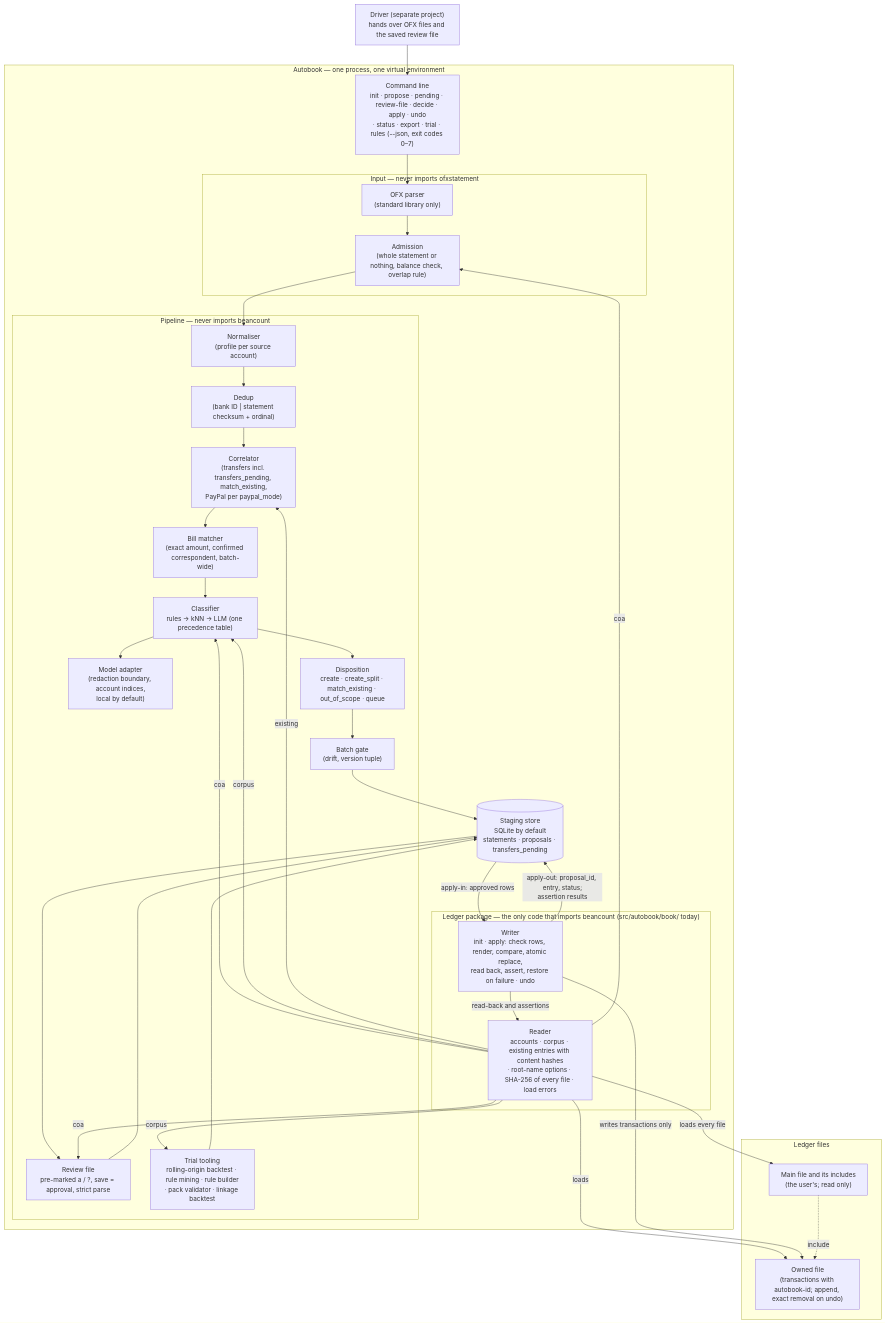
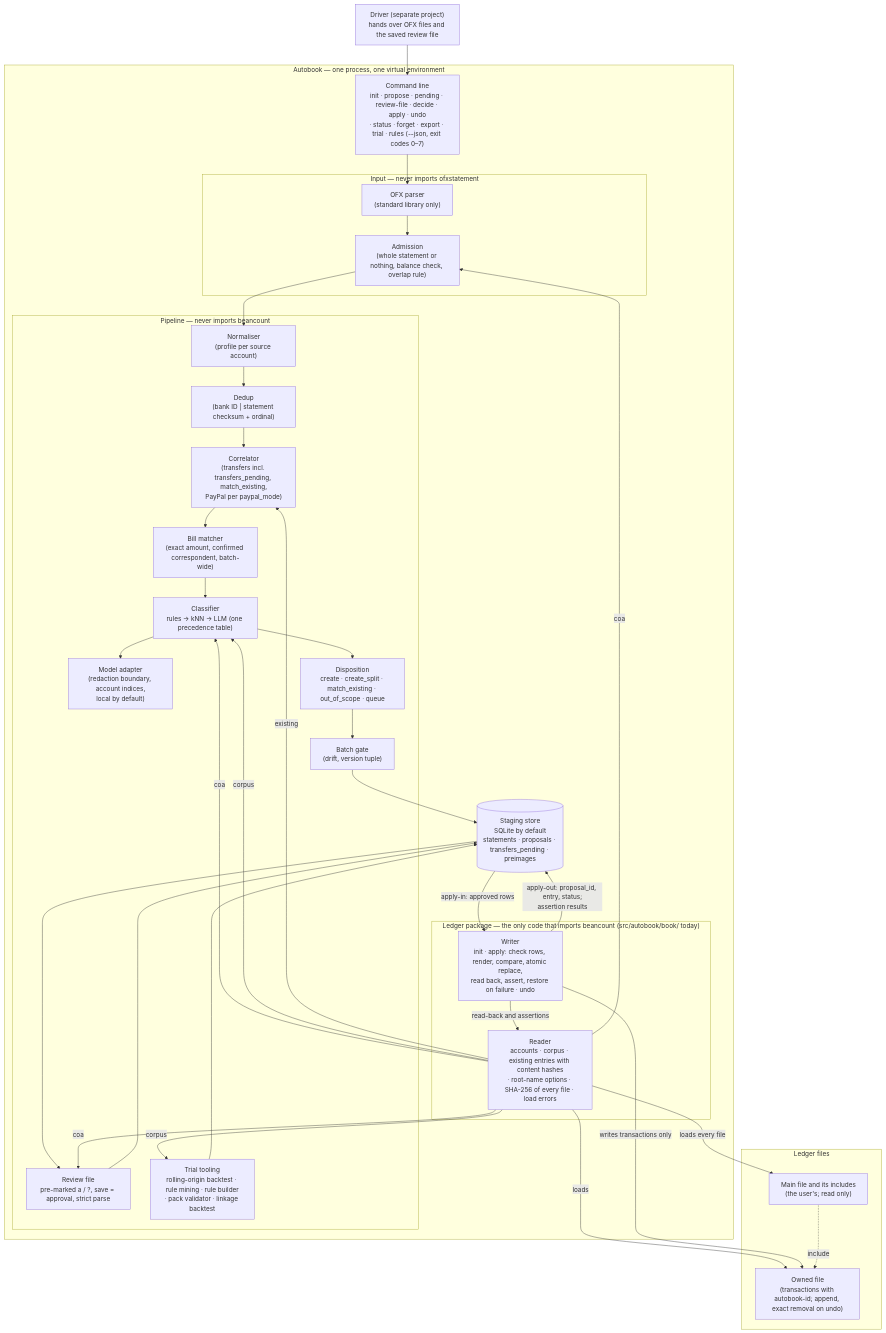
The diagram in docs/design/architecture/diagrams/c4-container.mermaid (Ralphovi/autobook), drawn with Mermaid before and after one commit. The commit also changed 9 other files, not shown here.

```diff
--- a/docs/design/architecture/diagrams/c4-container.mermaid
+++ b/docs/design/architecture/diagrams/c4-container.mermaid
@@ -1,59 +1,59 @@
 %% C4 Level 2 — Containers and their components
 %% Diagrams as code. Render with any Mermaid renderer.
 graph TB
     driver["Driver (separate project)<br/>hands over OFX files and the saved review file"]
 
     subgraph autobook["Autobook — one process, one virtual environment"]
-        cli["Command line<br/>init · propose · pending · review-file · decide · apply · undo<br/>· status · export · trial · rules (--json, exit codes 0–7)"]
+        cli["Command line<br/>init · propose · pending · review-file · decide · apply · undo<br/>· status · forget · export · trial · rules (--json, exit codes 0–7)"]
 
         subgraph inp["Input — never imports ofxstatement"]
             ofx["OFX parser<br/>(standard library only)"]
             adm["Admission<br/>(whole statement or nothing, balance check, overlap rule)"]
         end
 
         subgraph pipeline["Pipeline — never imports beancount"]
             norm["Normaliser<br/>(profile per source account)"]
             dedup["Dedup<br/>(bank ID | statement checksum + ordinal)"]
             corr["Correlator<br/>(transfers incl. transfers_pending, match_existing,<br/>PayPal per paypal_mode)"]
             docs["Bill matcher<br/>(exact amount, confirmed correspondent, batch-wide)"]
             cls["Classifier<br/>rules → kNN → LLM (one precedence table)"]
             adapter["Model adapter<br/>(redaction boundary, account indices,<br/>local by default)"]
             disp["Disposition<br/>create · create_split · match_existing · out_of_scope · queue"]
             gate["Batch gate<br/>(drift, version tuple)"]
             review["Review file<br/>pre-marked a / ?, save = approval, strict parse"]
             trial["Trial tooling<br/>rolling-origin backtest · rule mining · rule builder<br/>· pack validator · linkage backtest"]
         end
 
-        staging[("Staging store<br/>SQLite by default<br/>statements · proposals · transfers_pending")]
+        staging[("Staging store<br/>SQLite by default<br/>statements · proposals · transfers_pending · preimages")]
 
         subgraph ledgerpkg["Ledger package — the only code that imports beancount (src/autobook/book/ today)"]
             reader["Reader<br/>accounts · corpus · existing entries with content hashes<br/>· root-name options · SHA-256 of every file · load errors"]
             writer["Writer<br/>init · apply: check rows, render, compare, atomic replace,<br/>read back, assert, restore on failure · undo"]
         end
     end
 
     subgraph files["Ledger files"]
         main["Main file and its includes<br/>(the user's; read only)"]
         owned["Owned file<br/>(transactions with autobook-id; append, exact removal on undo)"]
     end
 
     driver --> cli
     cli --> ofx
     ofx --> adm --> norm --> dedup --> corr --> docs --> cls --> disp --> gate --> staging
     cls --> adapter
     staging --> review
     review --> staging
     trial --> staging
     reader -->|"coa"| adm
     reader -->|"coa"| cls
     reader -->|"coa"| review
     reader -->|"corpus"| cls
     reader -->|"corpus"| trial
     reader -->|"existing"| corr
     staging -->|"apply-in: approved rows"| writer
     writer -->|"apply-out: proposal_id, entry, status;<br/>assertion results"| staging
     writer -->|"read-back and assertions"| reader
     reader -->|"loads every file"| main
     reader -->|"loads"| owned
     writer -->|"writes transactions only"| owned
     main -.->|"include"| owned
```
